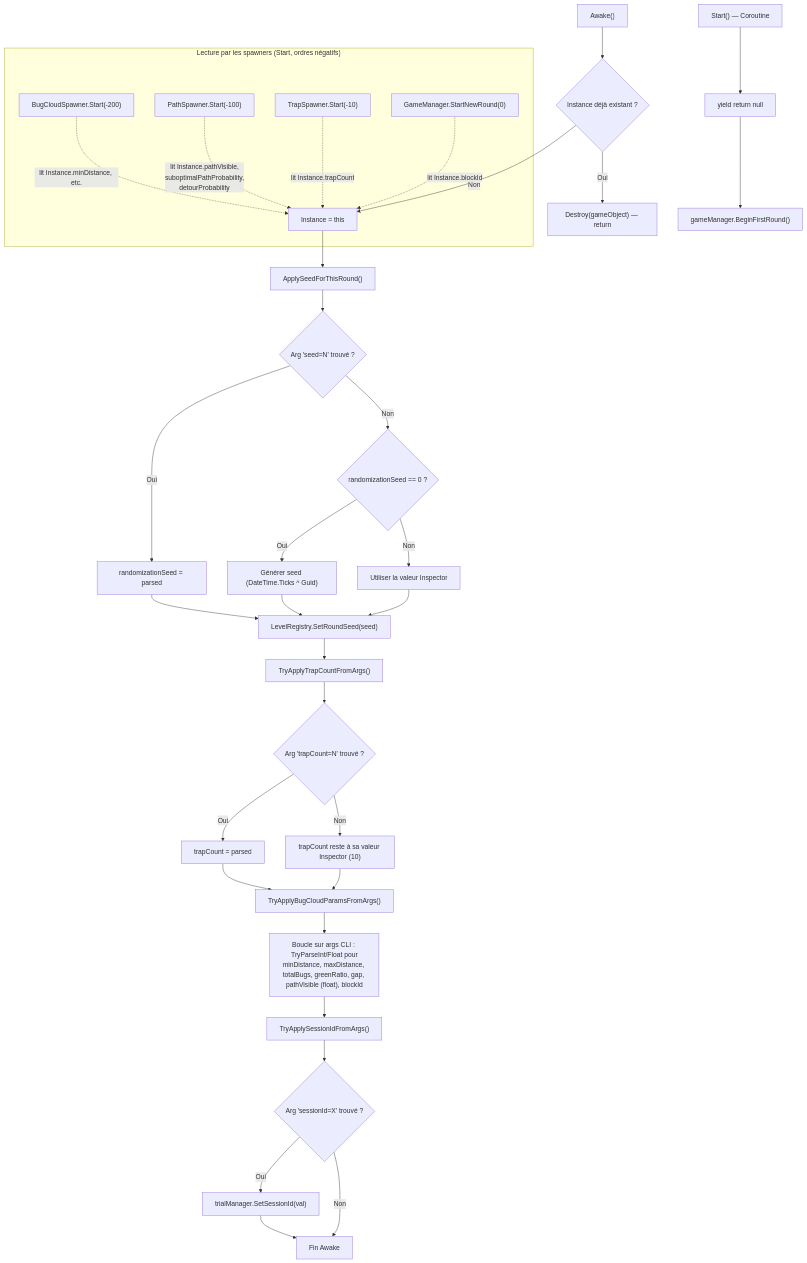
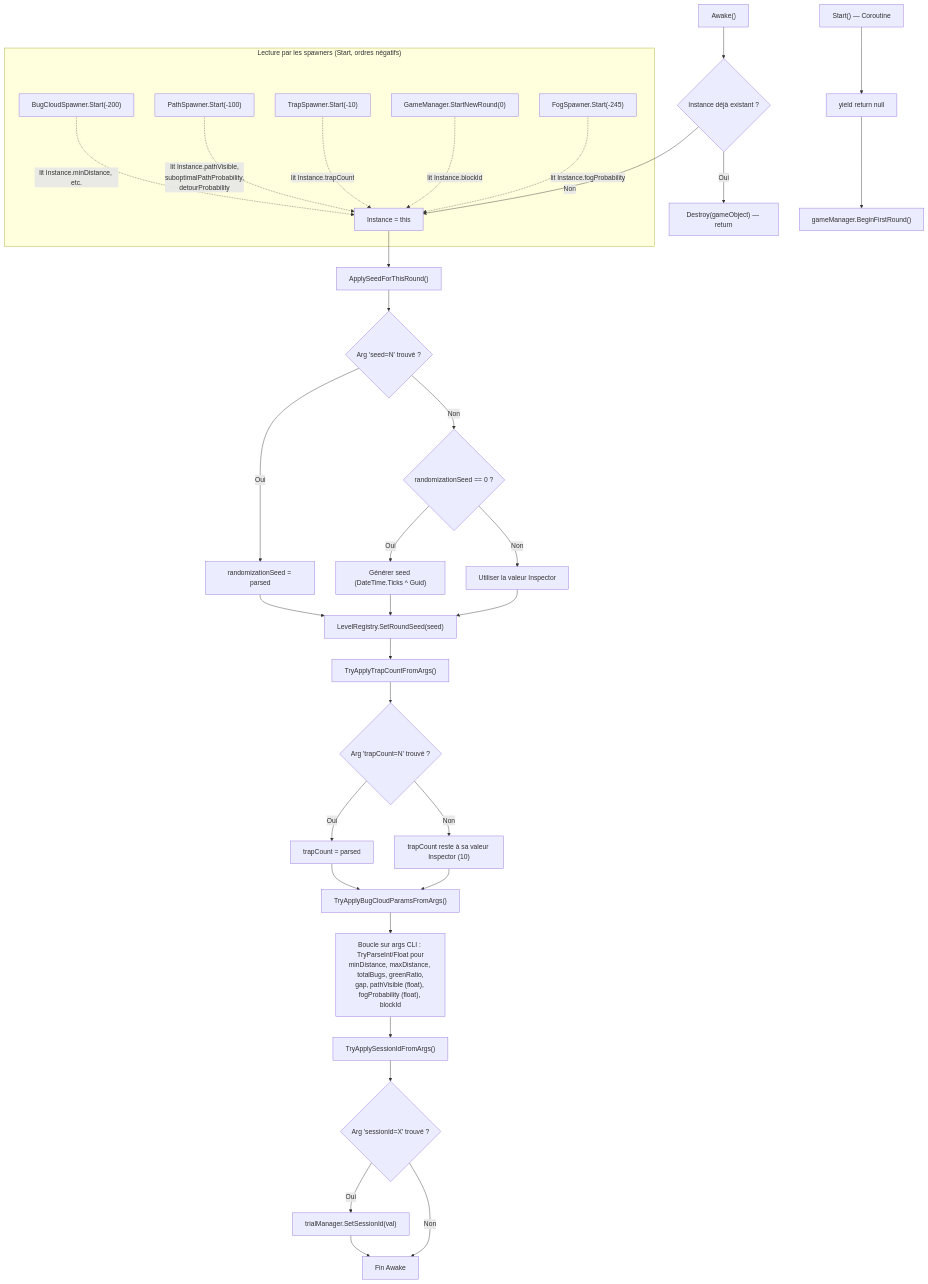
Before and after one commit to PierreChagnon/BUGS: diagram 11 of 17 in Docs/TDD.md, drawn with Mermaid. The commit also changed other lines of this file and 7 other files, not shown here.

Commit message:
[FOG] sprint 1 refacto done. FOW now up to date with new architecture

````diff
--- a/Docs/TDD.md
+++ b/Docs/TDD.md
@@ -1182,40 +1196,41 @@
 ```mermaid
 graph TD
     A["Awake()"] --> A0{"Instance déjà existant ?"}
     A0 -->|Oui| A1["Destroy(gameObject) — return"]
     A0 -->|Non| A2["Instance = this"]
     A2 --> B["ApplySeedForThisRound()"]
     B --> B1{Arg 'seed=N' trouvé ?}
     B1 -->|Oui| B2["randomizationSeed = parsed"]
     B1 -->|Non| B3{randomizationSeed == 0 ?}
     B3 -->|Oui| B4["Générer seed (DateTime.Ticks ^ Guid)"]
     B3 -->|Non| B5["Utiliser la valeur Inspector"]
     B2 --> B6["LevelRegistry.SetRoundSeed(seed)"]
     B4 --> B6
     B5 --> B6
 
     B6 --> C["TryApplyTrapCountFromArgs()"]
     C --> C1{Arg 'trapCount=N' trouvé ?}
     C1 -->|Oui| C2["trapCount = parsed"]
     C1 -->|Non| C3["trapCount reste à sa valeur Inspector (10)"]
 
     C2 --> D0["TryApplyBugCloudParamsFromArgs()"]
     C3 --> D0
-    D0 --> D1["Boucle sur args CLI : TryParseInt/Float pour<br/>minDistance, maxDistance, totalBugs, greenRatio, gap, pathVisible (float), blockId"]
+    D0 --> D1["Boucle sur args CLI : TryParseInt/Float pour<br/>minDistance, maxDistance, totalBugs, greenRatio,<br/>gap, pathVisible (float), fogProbability (float), blockId"]
 
     D1 --> E["TryApplySessionIdFromArgs()"]
     E --> E1{Arg 'sessionId=X' trouvé ?}
     E1 -->|Oui| E2["trialManager.SetSessionId(val)"]
     E1 -->|Non| F["Fin Awake"]
     E2 --> F
 
     G["Start() — Coroutine"] --> H["yield return null"]
     H --> I["gameManager.BeginFirstRound()"]
 
     subgraph "Lecture par les spawners (Start, ordres négatifs)"
         S1["BugCloudSpawner.Start(-200)"] -.->|"lit Instance.minDistance, etc."| A2
         S2["PathSpawner.Start(-100)"] -.->|"lit Instance.pathVisible,\nsuboptimalPathProbability,\ndetourProbability"| A2
         S3["TrapSpawner.Start(-10)"] -.->|"lit Instance.trapCount"| A2
         S4["GameManager.StartNewRound(0)"] -.->|"lit Instance.blockId"| A2
+        S5["FogSpawner.Start(-245)"] -.->|"lit Instance.fogProbability"| A2
     end
 ```
````
